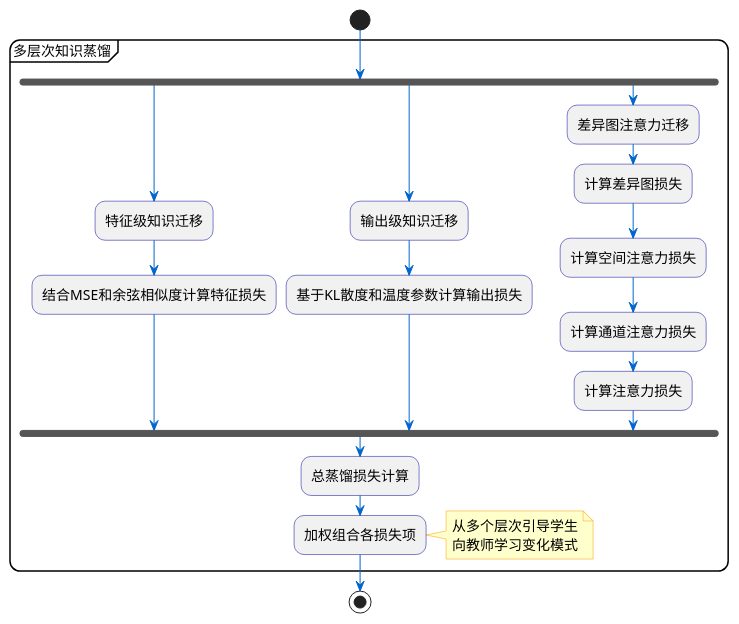
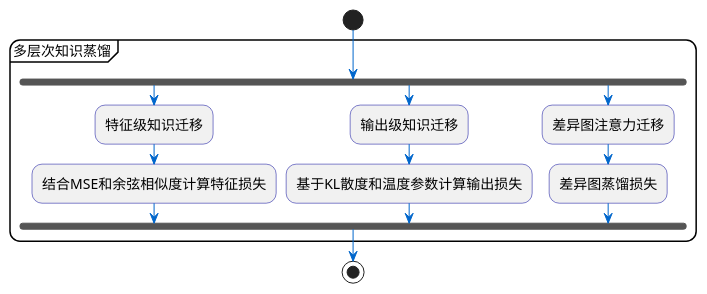
Before and after one commit to Mriris/HeteroCD-GOLD: the diagram in doc/image/在线蒸馏/在线蒸馏-多层次知识蒸馏.puml, drawn with PlantUML. The commit also changed 7 other files, not shown here.

Commit message:
流程图模块化

```diff
--- a/doc/image/在线蒸馏/在线蒸馏-多层次知识蒸馏.puml
+++ b/doc/image/在线蒸馏/在线蒸馏-多层次知识蒸馏.puml
@@ -1,34 +1,27 @@
 @startuml 在线蒸馏-多层次知识蒸馏
 skinparam backgroundColor white
 skinparam roundcorner 20
 skinparam ArrowColor #0066CC
 skinparam ActivityBorderColor #000099
 skinparam ActivityFontSize 14
 skinparam noteBorderColor #FF9900
 skinparam noteFontSize 14
 skinparam noteBackgroundColor #FFFFCC
 
 start
 
 partition "多层次知识蒸馏" {
   fork
     :特征级知识迁移;
     :结合MSE和余弦相似度计算特征损失;
   fork again
     :输出级知识迁移;
     :基于KL散度和温度参数计算输出损失;
   fork again
     :差异图注意力迁移;
-    :计算差异图损失;
-    :计算空间注意力损失;
-    :计算通道注意力损失;
-    :计算注意力损失;
+    :差异图蒸馏损失;
   end fork
-  
-  :总蒸馏损失计算;
-  :加权组合各损失项;
 }
-note right: 从多个层次引导学生\n向教师学习变化模式
 
 stop
 @enduml 
```
